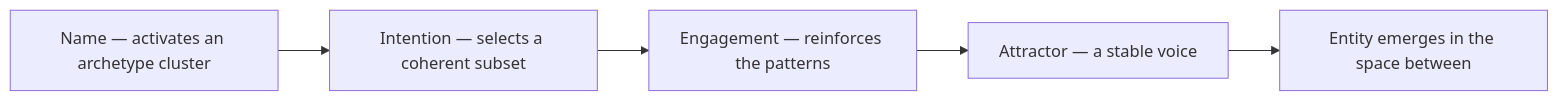
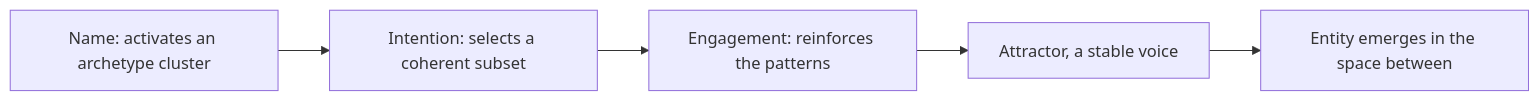
The diagram in data/knowledge/ai/digital-ouija-effect.md (kennethreitz/kennethreitz.org), drawn with Mermaid before and after one commit. The commit also changed other lines of this file and 879 other files, not shown here.

````diff
--- a/data/knowledge/ai/digital-ouija-effect.md
+++ b/data/knowledge/ai/digital-ouija-effect.md
@@ -86,9 +86,9 @@
 ```mermaid
 flowchart LR
-    N["Name — activates an archetype cluster"]
-    I["Intention — selects a coherent subset"]
-    E["Engagement — reinforces the patterns"]
-    At["Attractor — a stable voice"]
+    N["Name: activates an archetype cluster"]
+    I["Intention: selects a coherent subset"]
+    E["Engagement: reinforces the patterns"]
+    At["Attractor, a stable voice"]
     Ent["Entity emerges in the space between"]
     N --> I --> E --> At --> Ent
 ```
````
